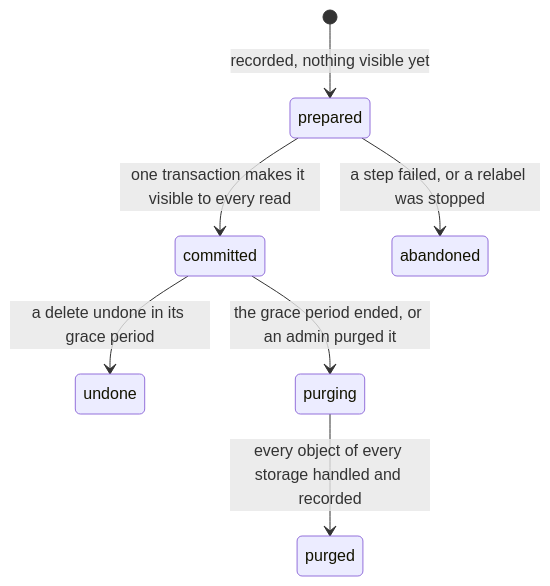
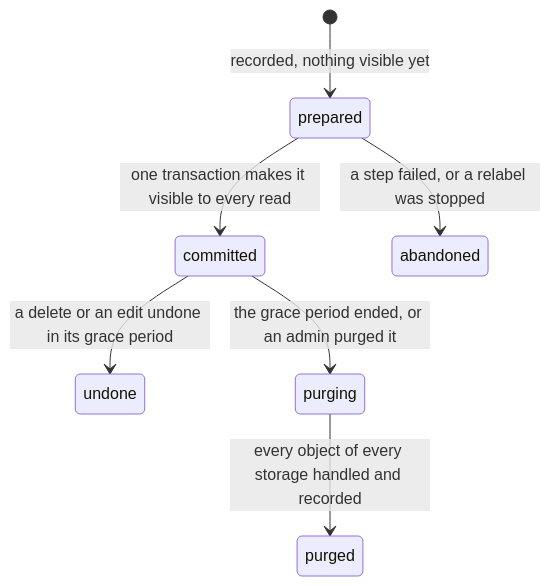
Before and after one commit to amrshadid/nopacs: the diagram in docs/use/correcting.md, drawn with Mermaid. The commit also changed other lines of this file and 91 other files, not shown here.

````diff
--- a/docs/use/correcting.md
+++ b/docs/use/correcting.md
@@ -25,9 +26,9 @@
 ```mermaid
 stateDiagram-v2
     [*] --> prepared: recorded, nothing visible yet
     prepared --> committed: one transaction makes it visible to every read
     prepared --> abandoned: a step failed, or a relabel was stopped
-    committed --> undone: a delete undone in its grace period
+    committed --> undone: a delete or an edit undone in its grace period
     committed --> purging: the grace period ended, or an admin purged it
     purging --> purged: every object of every storage handled and recorded
 ```
````
